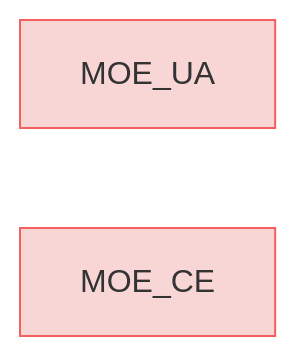
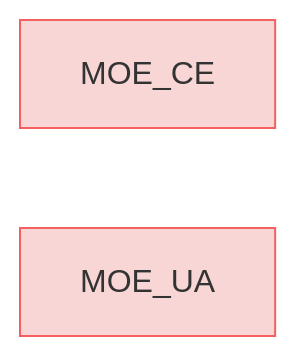
Before and after one commit to reqvire-org/reqvire: the diagram in specifications/MOEs.md, drawn with Mermaid. The commit also changed 21 other files, not shown here.

````diff
--- a/specifications/MOEs.md
+++ b/specifications/MOEs.md
@@ -4,15 +4,15 @@
 ```mermaid
 graph LR;
   %% Graph styling
   classDef requirement fill:#f9d6d6,stroke:#f55f5f,stroke-width:1px;
   classDef verification fill:#d6f9d6,stroke:#5fd75f,stroke-width:1px;
   classDef externalLink fill:#d0e0ff,stroke:#3080ff,stroke-width:1px;
   classDef default fill:#f5f5f5,stroke:#333333,stroke-width:1px;
 
-  bd8b46053261f1d0["MOE_UA"];
-  click bd8b46053261f1d0 "https://github.com/ilijaljubicic/Reqvire/blob/8a68ca1eab81bac7964085e47777a0a92447c6a5/specifications/MOEs.md#moe_ua";
-  class bd8b46053261f1d0 requirement;
-  a7b946053261f1d0["MOE_CE"];
-  click a7b946053261f1d0 "https://github.com/ilijaljubicic/Reqvire/blob/8a68ca1eab81bac7964085e47777a0a92447c6a5/specifications/MOEs.md#moe_ce";
-  class a7b946053261f1d0 requirement;
+  ac59f565725d5e41["MOE_CE"];
+  click ac59f565725d5e41 "https://github.com/Reqvire/reqvire/blob/f18e52f9f88c64f67a79abc4e93eb74b3ec22615/specifications/MOEs.md#moe_ce";
+  class ac59f565725d5e41 requirement;
+  6c33f565725d5e41["MOE_UA"];
+  click 6c33f565725d5e41 "https://github.com/Reqvire/reqvire/blob/f18e52f9f88c64f67a79abc4e93eb74b3ec22615/specifications/MOEs.md#moe_ua";
+  class 6c33f565725d5e41 requirement;
 ```
````
